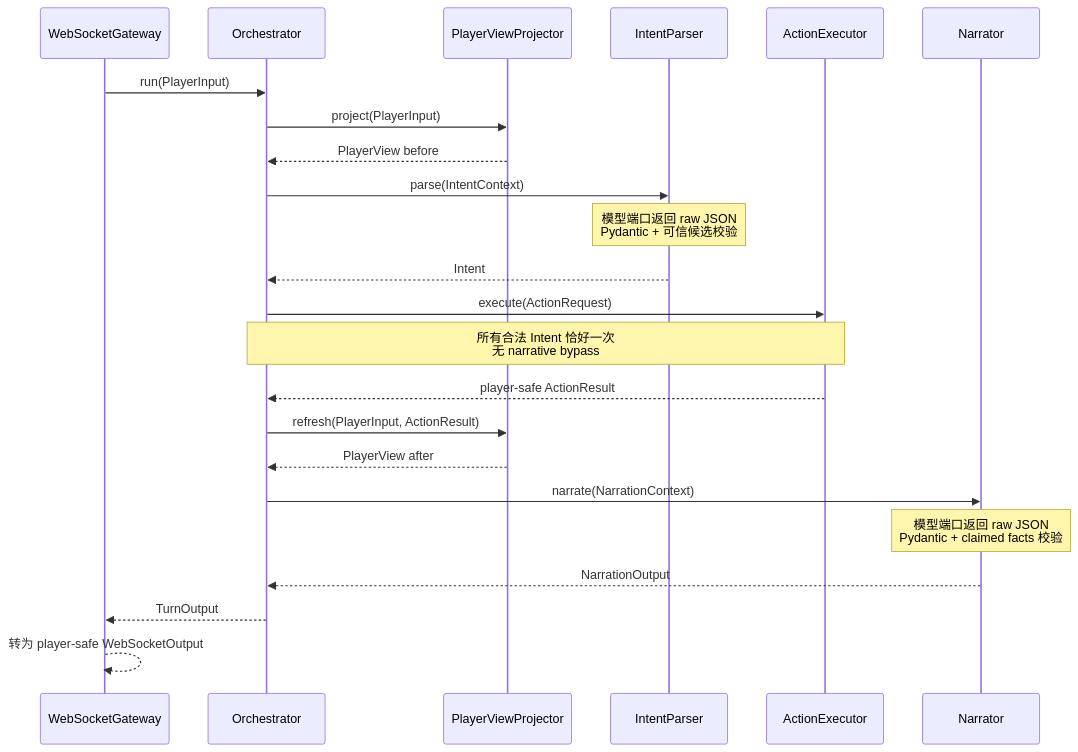
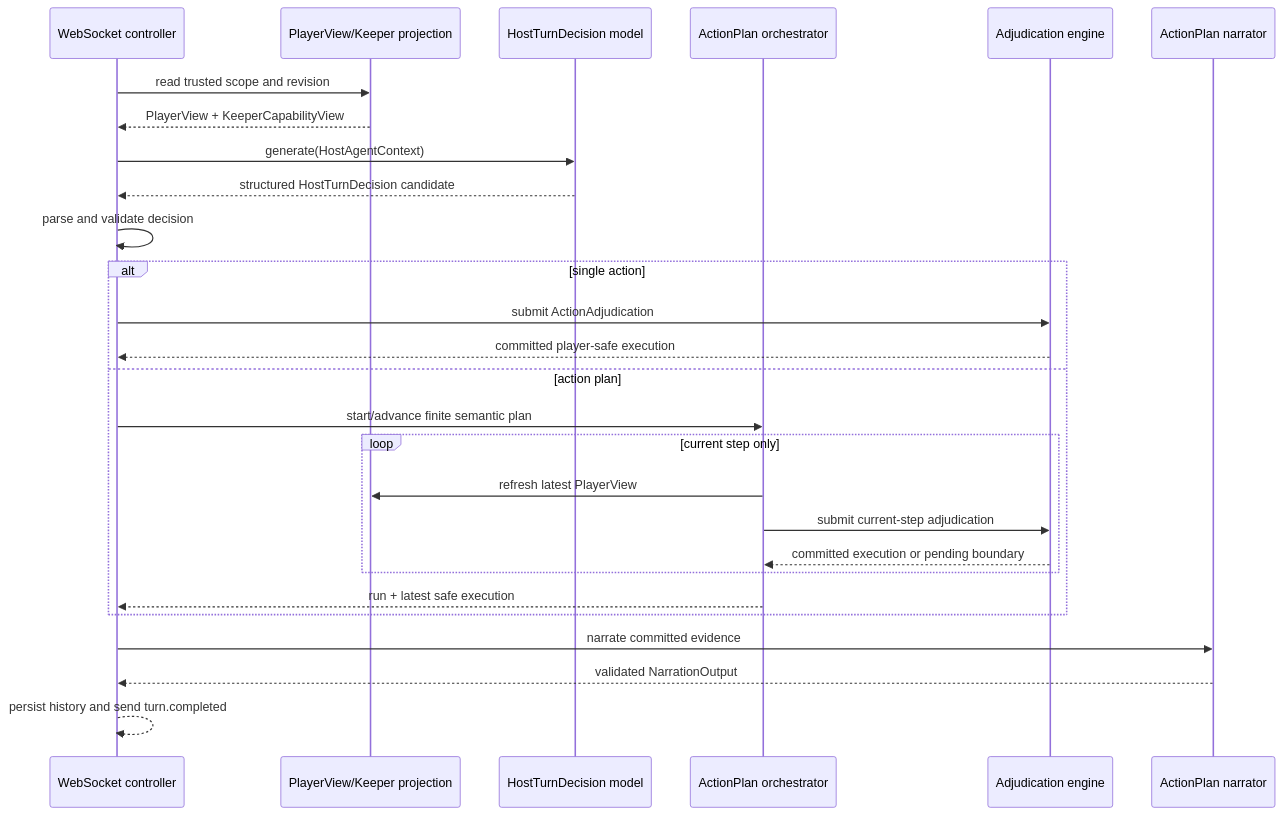
One commit to 1024XEngineer/TRPG-master changed the first of 3 diagrams in agent-collaboration-framework/docs/architecture.md. Above: the diagram before and after it, drawn with Mermaid. The commit also changed other lines of this file and 81 other files, not shown here.

````diff
--- a/agent-collaboration-framework/docs/architecture.md
+++ b/agent-collaboration-framework/docs/architecture.md
@@ -21,26 +16,30 @@
 ```mermaid
 sequenceDiagram
-    participant G as WebSocketGateway
-    participant O as Orchestrator
-    participant P as PlayerViewProjector
-    participant I as IntentParser
-    participant E as ActionExecutor
-    participant N as Narrator
+    participant W as WebSocket controller
+    participant V as PlayerView/Keeper projection
+    participant P as HostTurnDecision model
+    participant O as ActionPlan orchestrator
+    participant E as Adjudication engine
+    participant N as ActionPlan narrator
 
-    G->>O: run(PlayerInput)
-    O->>P: project(PlayerInput)
-    P-->>O: PlayerView before
-    O->>I: parse(IntentContext)
-    Note over I: 模型端口返回 raw JSON<br/>Pydantic + 可信候选校验
-    I-->>O: Intent
-    O->>E: execute(ActionRequest)
-    Note over O,E: 所有合法 Intent 恰好一次<br/>无 narrative bypass
-    E-->>O: player-safe ActionResult
-    O->>P: refresh(PlayerInput, ActionResult)
-    P-->>O: PlayerView after
-    O->>N: narrate(NarrationContext)
-    Note over N: 模型端口返回 raw JSON<br/>Pydantic + claimed facts 校验
-    N-->>O: NarrationOutput
-    O-->>G: TurnOutput
-    G-->>G: 转为 player-safe WebSocketOutput
+    W->>V: read trusted scope and revision
+    V-->>W: PlayerView + KeeperCapabilityView
+    W->>P: generate(HostAgentContext)
+    P-->>W: structured HostTurnDecision candidate
+    W->>W: parse and validate decision
+    alt single action
+        W->>E: submit ActionAdjudication
+        E-->>W: committed player-safe execution
+    else action plan
+        W->>O: start/advance finite semantic plan
+        loop current step only
+            O->>V: refresh latest PlayerView
+            O->>E: submit current-step adjudication
+            E-->>O: committed execution or pending boundary
+        end
+        O-->>W: run + latest safe execution
+    end
+    W->>N: narrate committed evidence
+    N-->>W: validated NarrationOutput
+    W-->>W: persist history and send turn.completed
 ```
````
